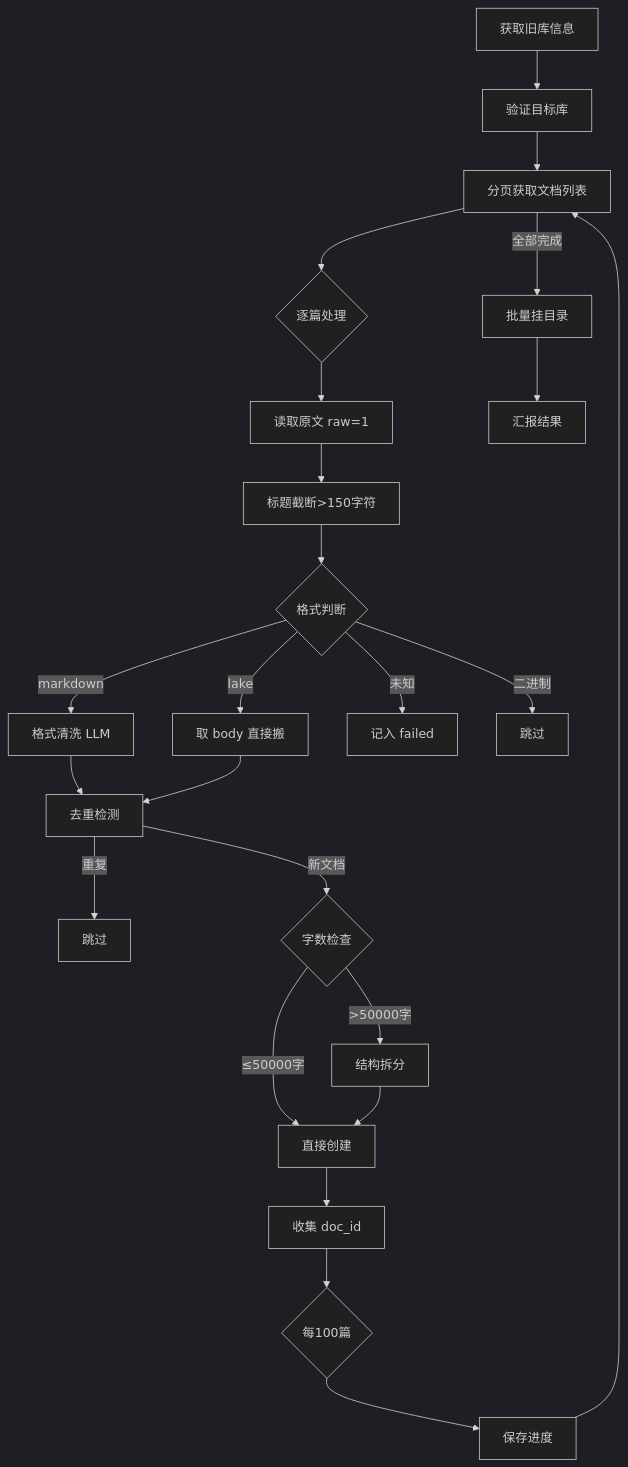
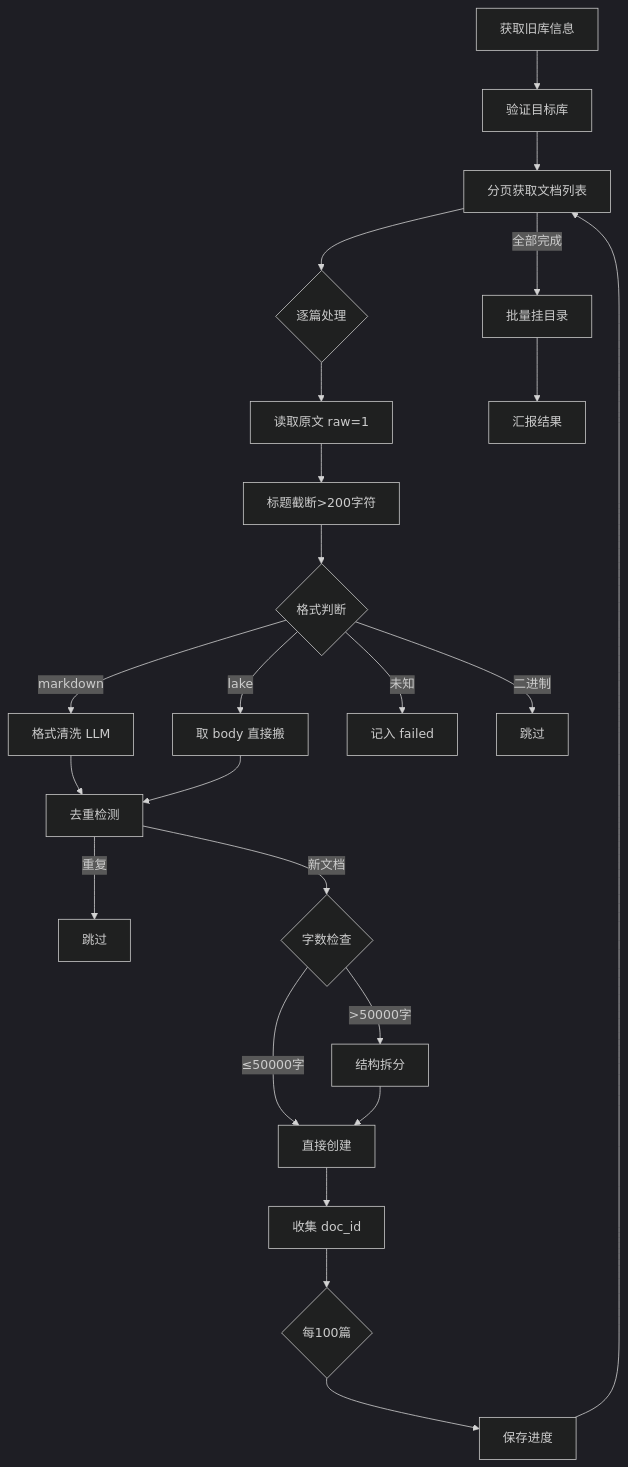
The diagram in README.md (yehuoshun/yuque-migration-skill), drawn with Mermaid (dark theme) before and after one commit. The commit also changed other lines of this file, not shown here.

Commit message:
docs: README 标题上限 150→200（与 SKILL.md 实测值同步）

````diff
--- a/README.md
+++ b/README.md
@@ -64,26 +64,26 @@
 ```mermaid
 flowchart TD
     A[获取旧库信息] --> B[验证目标库]
     B --> C[分页获取文档列表]
     C --> D{逐篇处理}
     D --> E[读取原文 raw=1]
-    E --> E2[标题截断>150字符]
+    E --> E2[标题截断>200字符]
     E2 --> F{格式判断}
     F -->|markdown| G[格式清洗 LLM]
     F -->|lake| H[取 body 直接搬]
     F -->|未知| I[记入 failed]
     F -->|二进制| J[跳过]
     G --> K[去重检测]
     H --> K
     K -->|重复| L[跳过]
     K -->|新文档| M{字数检查}
     M -->|>50000字| N[结构拆分]
     M -->|≤50000字| O[直接创建]
     N --> O
     O --> P[收集 doc_id]
     P --> Q{每100篇}
     Q --> R[保存进度]
     R --> C
     C -->|全部完成| S[批量挂目录]
     S --> T[汇报结果]
 ```
````
